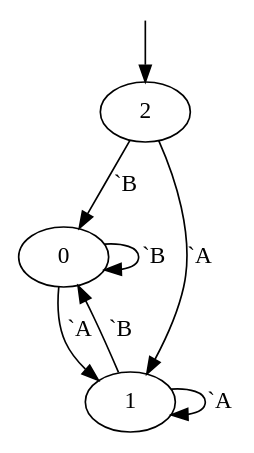
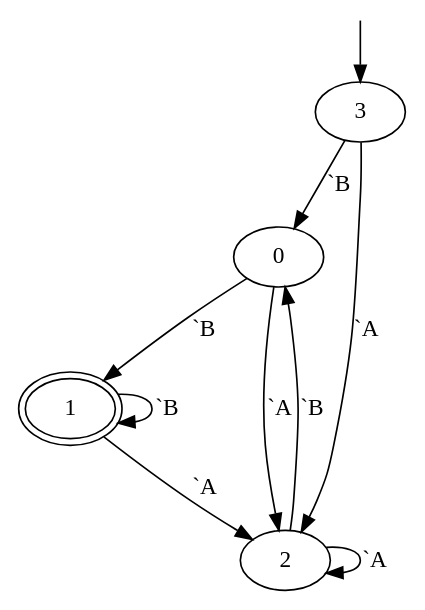
One commit to p9romain/automaton changed the diagram in src/dfa.dot. Above: the diagram before and after it, drawn with Graphviz. The commit also changed 2 other files, not shown here.

```diff
--- a/src/dfa.dot
+++ b/src/dfa.dot
@@ -1,11 +1,14 @@
 digraph automaton
 {
   __INVISIBLE_NODE_0__ [label= "", shape=none,height=.0,width=.0] ;
-  __INVISIBLE_NODE_0__ -> 2 ;
-  0 -> 0 [label="`B"] ;
-  0 -> 1 [label="`A"] ;
-  1 -> 0 [label="`B"] ;
-  1 -> 1 [label="`A"] ;
+  __INVISIBLE_NODE_0__ -> 3 ;
+  1 [peripheries=2] ;
+  0 -> 1 [label="`B"] ;
+  0 -> 2 [label="`A"] ;
+  1 -> 1 [label="`B"] ;
+  1 -> 2 [label="`A"] ;
   2 -> 0 [label="`B"] ;
-  2 -> 1 [label="`A"] ;
+  2 -> 2 [label="`A"] ;
+  3 -> 0 [label="`B"] ;
+  3 -> 2 [label="`A"] ;
 }
```
